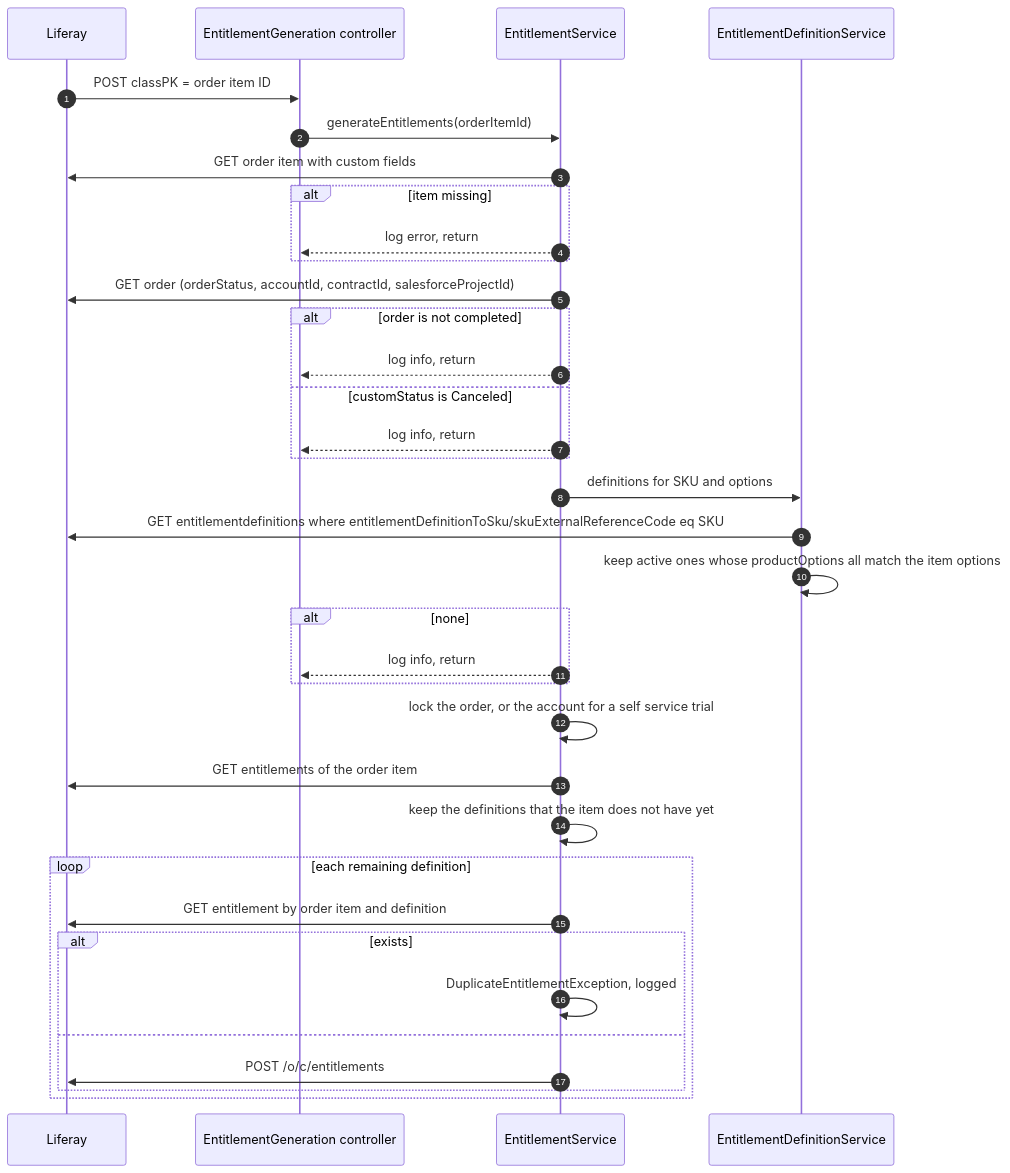
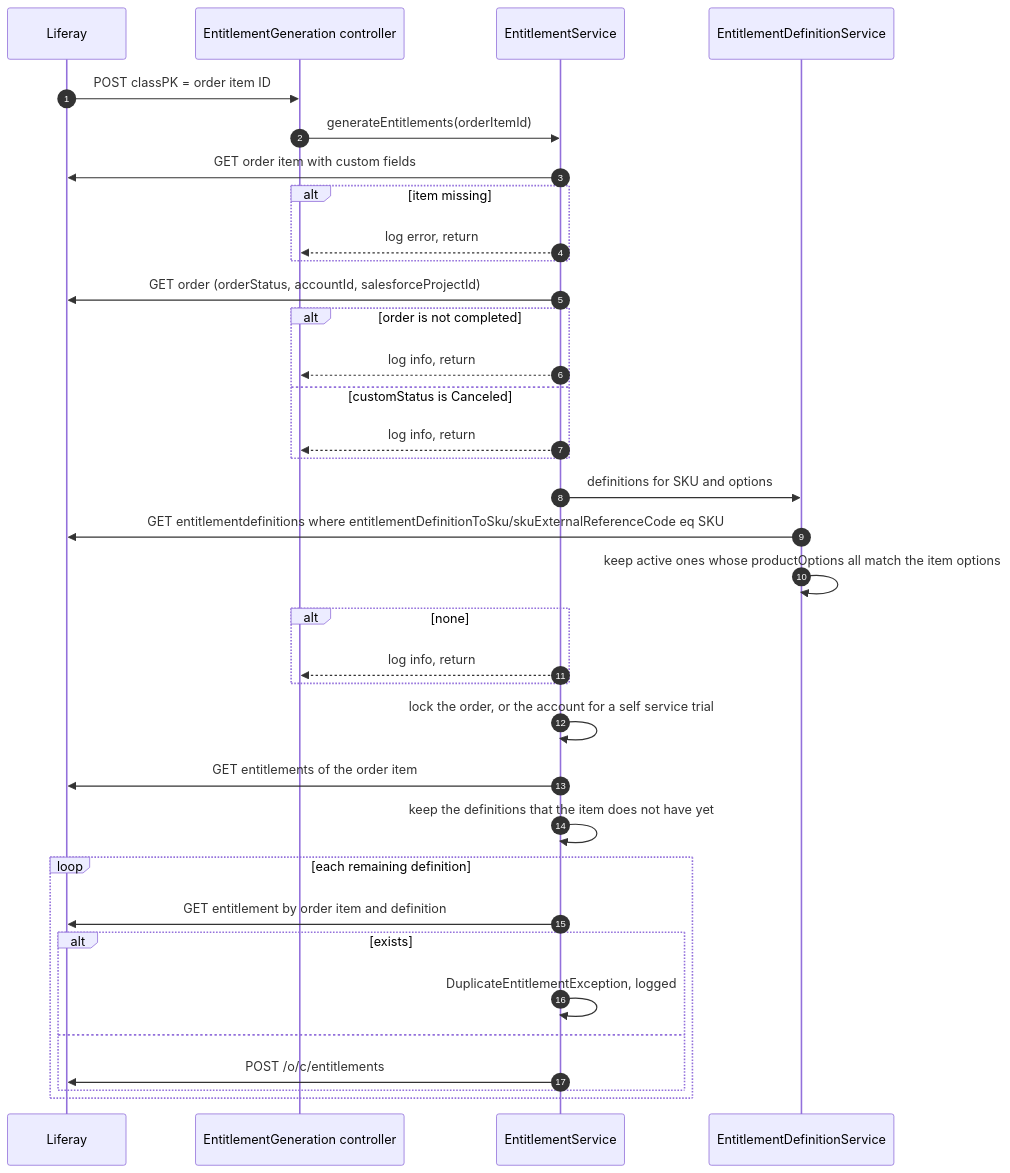
One commit to liferay-one/liferay-portal changed the sixth of 6 diagrams in workspaces/liferay-one-workspace/specs/technical/order-to-entitlement.md. Above: the diagram before and after it, drawn with Mermaid. The commit also changed other lines of this file and 24 other files, not shown here.

Commit message:
LPD-113729 Link each order item to the contract whose end date matches

````diff
--- a/workspaces/liferay-one-workspace/specs/technical/order-to-entitlement.md
+++ b/workspaces/liferay-one-workspace/specs/technical/order-to-entitlement.md
@@ -287,38 +290,38 @@
 ```mermaid
 sequenceDiagram
     autonumber
     participant LR as Liferay
     participant C as EntitlementGeneration controller
     participant ES as EntitlementService
     participant EDS as EntitlementDefinitionService
 
     LR->>C: POST classPK = order item ID
     C->>ES: generateEntitlements(orderItemId)
     ES->>LR: GET order item with custom fields
     alt item missing
         ES-->>C: log error, return
     end
-    ES->>LR: GET order (orderStatus, accountId, contractId, salesforceProjectId)
+    ES->>LR: GET order (orderStatus, accountId, salesforceProjectId)
     alt order is not completed
         ES-->>C: log info, return
     else customStatus is Canceled
         ES-->>C: log info, return
     end
     ES->>EDS: definitions for SKU and options
     EDS->>LR: GET entitlementdefinitions where entitlementDefinitionToSku/skuExternalReferenceCode eq SKU
     EDS->>EDS: keep active ones whose productOptions all match the item options
     alt none
         ES-->>C: log info, return
     end
     ES->>ES: lock the order, or the account for a self service trial
     ES->>LR: GET entitlements of the order item
     ES->>ES: keep the definitions that the item does not have yet
     loop each remaining definition
         ES->>LR: GET entitlement by order item and definition
         alt exists
             ES->>ES: DuplicateEntitlementException, logged
         else
             ES->>LR: POST /o/c/entitlements
         end
     end
 ```
````
